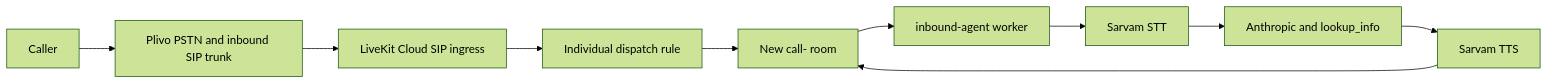
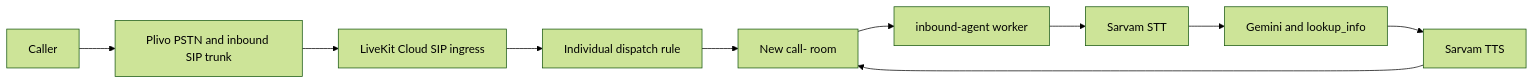
The first of 2 diagrams in docs/product-architecture.md (nitctrl/praxima-automata), drawn with Mermaid (forest theme) before and after one commit. The commit also changed other lines of this file and 12 other files, not shown here.

````diff
--- a/docs/product-architecture.md
+++ b/docs/product-architecture.md
@@ -45,12 +45,12 @@
 ```mermaid
 flowchart LR
     C[Caller] --> P[Plivo PSTN and inbound SIP trunk]
     P --> L[LiveKit Cloud SIP ingress]
     L --> D[Individual dispatch rule]
     D --> R[New call- room]
     R --> W[inbound-agent worker]
     W --> S[Sarvam STT]
-    S --> A[Anthropic and lookup_info]
+    S --> A[Gemini and lookup_info]
     A --> T[Sarvam TTS]
     T --> R
 ```
````
